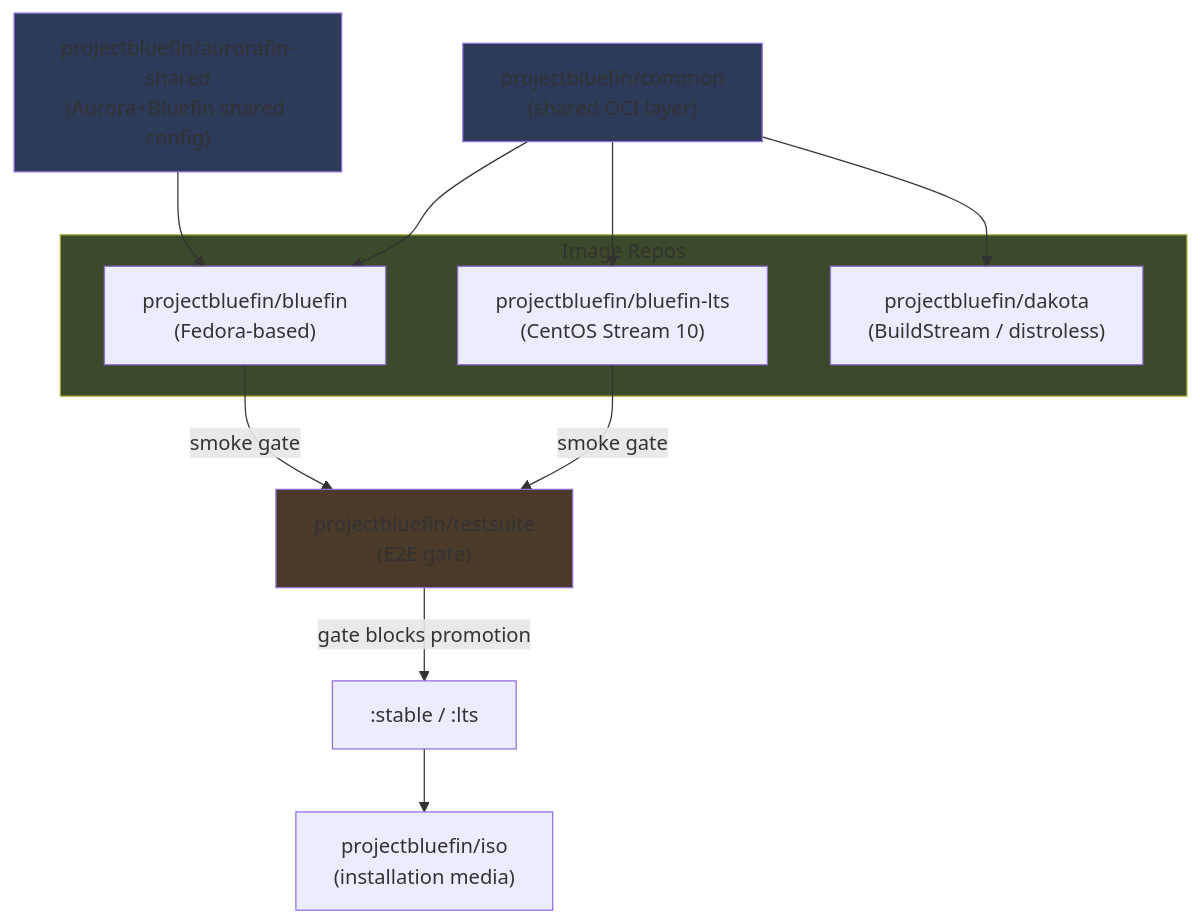
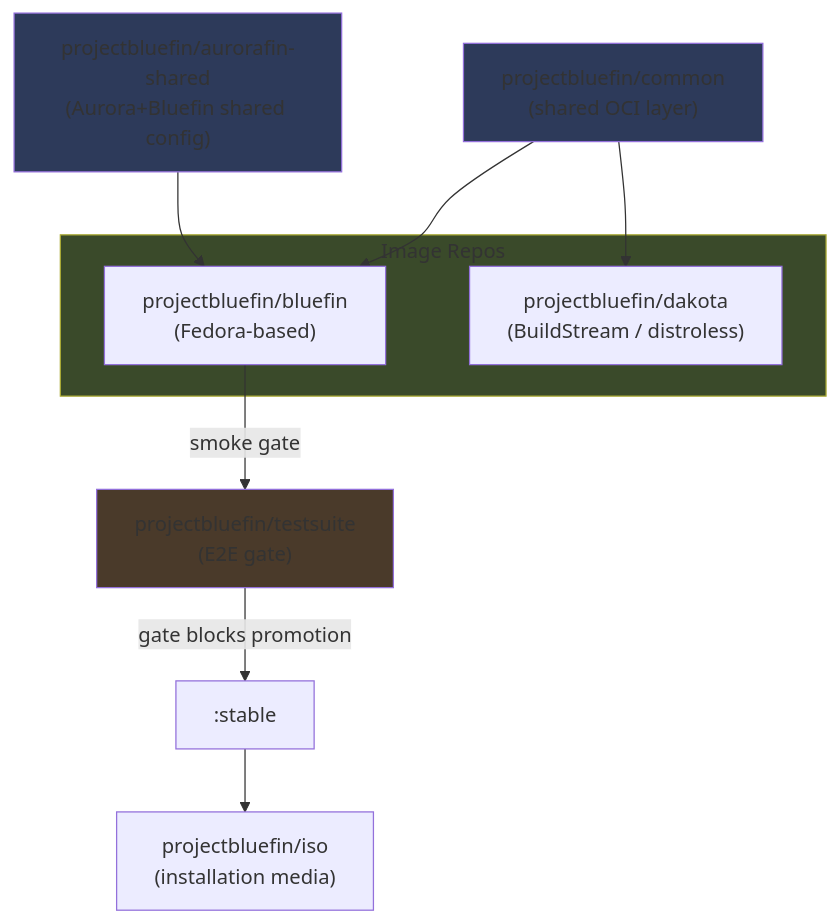
Before and after one commit to projectbluefin/documentation: the third of 5 diagrams in docs/agentic-contributing.md, drawn with Mermaid. The commit also changed other lines of this file and 129 other files, not shown here.

First line of the commit message:
feat(docs): remove Bluefin LTS and GDX from the site

````diff
--- a/docs/agentic-contributing.md
+++ b/docs/agentic-contributing.md
@@ -287,30 +285,27 @@
 ```mermaid
 flowchart TB
     common["projectbluefin/common\n(shared OCI layer)"]
     shared["projectbluefin/aurorafin-shared\n(Aurora+Bluefin shared config)"]
 
     common --> bluefin
-    common --> lts
     common --> dakota
     shared --> bluefin
 
     subgraph images["Image Repos"]
         bluefin["projectbluefin/bluefin\n(Fedora-based)"]
-        lts["projectbluefin/bluefin-lts\n(CentOS Stream 10)"]
         dakota["projectbluefin/dakota\n(BuildStream / distroless)"]
     end
 
     testsuite["projectbluefin/testsuite\n(E2E gate)"]
 
     bluefin -->|smoke gate| testsuite
-    lts -->|smoke gate| testsuite
-    testsuite -->|gate blocks promotion| stable[":stable / :lts"]
+    testsuite -->|gate blocks promotion| stable[":stable"]
 
     iso["projectbluefin/iso\n(installation media)"]
     stable --> iso
 
     style common fill:#2d3a5a
     style shared fill:#2d3a5a
     style images fill:#3a4a2a
     style testsuite fill:#4a3a2a
 ```
````
